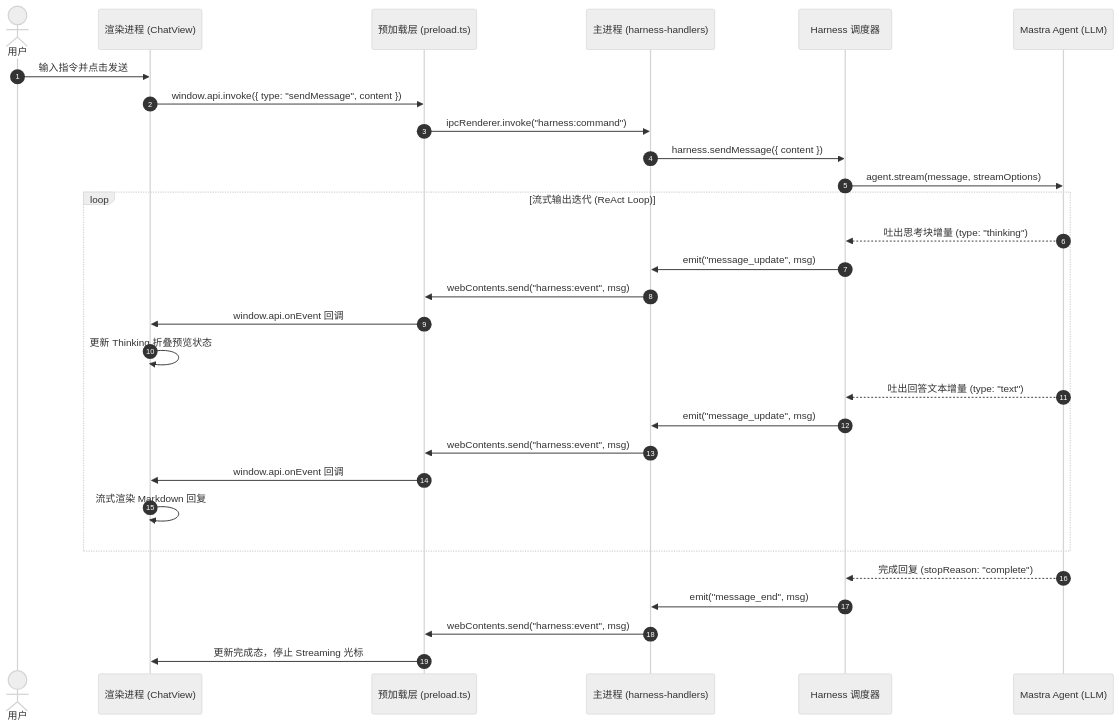
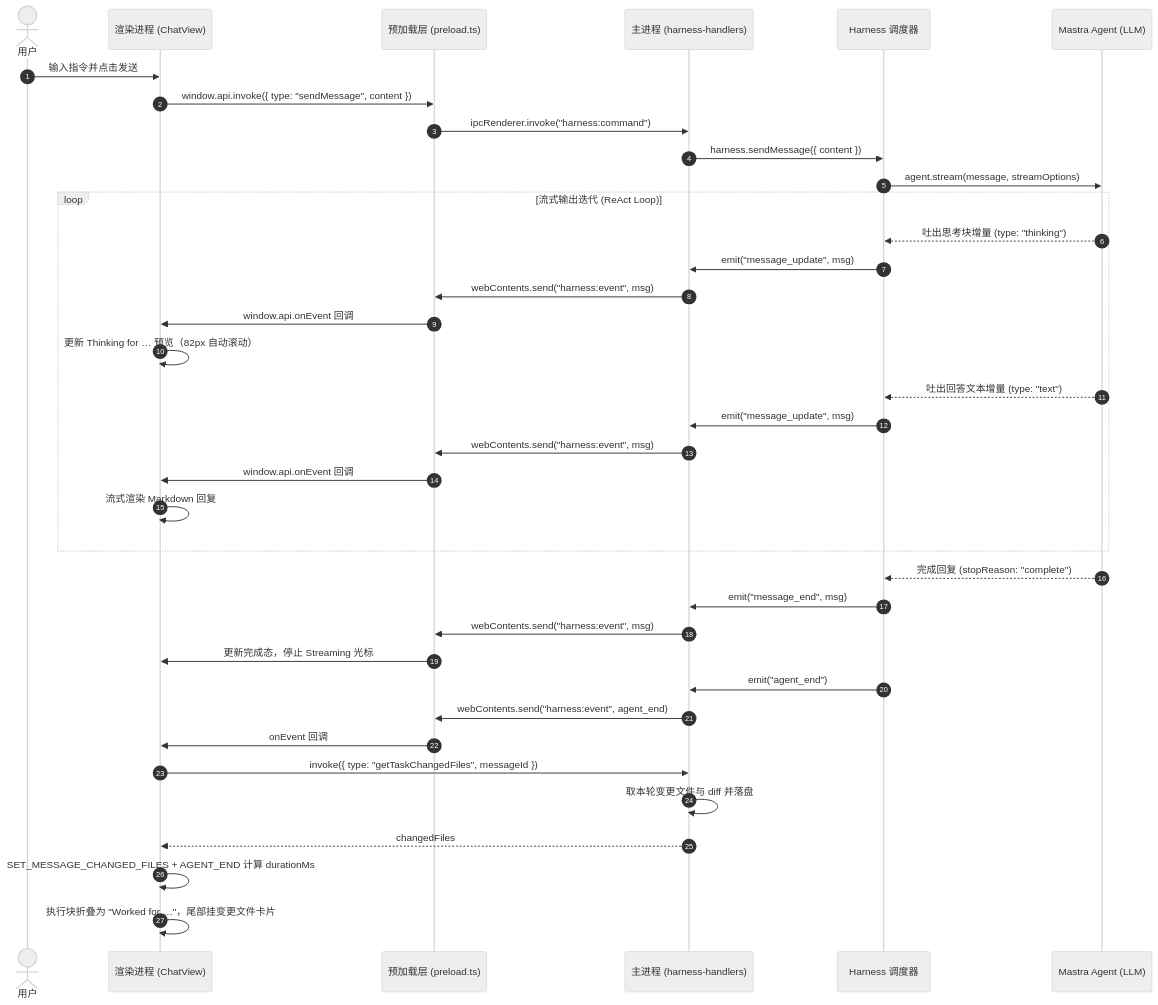
Before and after one commit to kidyfirst/my-agent: the second of 4 diagrams in README.md, drawn with Mermaid (neutral theme). The commit also changed other lines of this file, not shown here.

````diff
--- a/README.md
+++ b/README.md
@@ -185,35 +240,44 @@
 ```mermaid
 sequenceDiagram
     autonumber
     actor User as 用户
     participant React as 渲染进程 (ChatView)
     participant Preload as 预加载层 (preload.ts)
     participant Main as 主进程 (harness-handlers)
     participant Harness as Harness 调度器
     participant Agent as Mastra Agent (LLM)
 
     User->>React: 输入指令并点击发送
     React->>Preload: window.api.invoke({ type: "sendMessage", content })
     Preload->>Main: ipcRenderer.invoke("harness:command")
     Main->>Harness: harness.sendMessage({ content })
     Harness->>Agent: agent.stream(message, streamOptions)
 
     loop 流式输出迭代 (ReAct Loop)
         Agent-->>Harness: 吐出思考块增量 (type: "thinking")
         Harness->>Main: emit("message_update", msg)
         Main->>Preload: webContents.send("harness:event", msg)
         Preload->>React: window.api.onEvent 回调
-        React->>React: 更新 Thinking 折叠预览状态
+        React->>React: 更新 Thinking for … 预览（82px 自动滚动）
 
         Agent-->>Harness: 吐出回答文本增量 (type: "text")
         Harness->>Main: emit("message_update", msg)
         Main->>Preload: webContents.send("harness:event", msg)
         Preload->>React: window.api.onEvent 回调
         React->>React: 流式渲染 Markdown 回复
     end
 
     Agent-->>Harness: 完成回复 (stopReason: "complete")
     Harness->>Main: emit("message_end", msg)
     Main->>Preload: webContents.send("harness:event", msg)
     Preload->>React: 更新完成态，停止 Streaming 光标
+
+    Harness->>Main: emit("agent_end")
+    Main->>Preload: webContents.send("harness:event", agent_end)
+    Preload->>React: onEvent 回调
+    React->>Main: invoke({ type: "getTaskChangedFiles", messageId })
+    Main->>Main: 取本轮变更文件与 diff 并落盘
+    Main-->>React: changedFiles
+    React->>React: SET_MESSAGE_CHANGED_FILES + AGENT_END 计算 durationMs
+    React->>React: 执行块折叠为 "Worked for …"，尾部挂变更文件卡片
 ```
````
